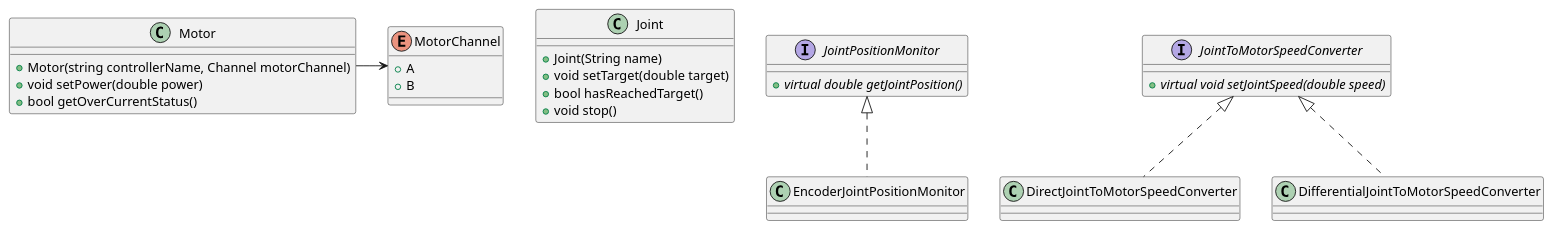
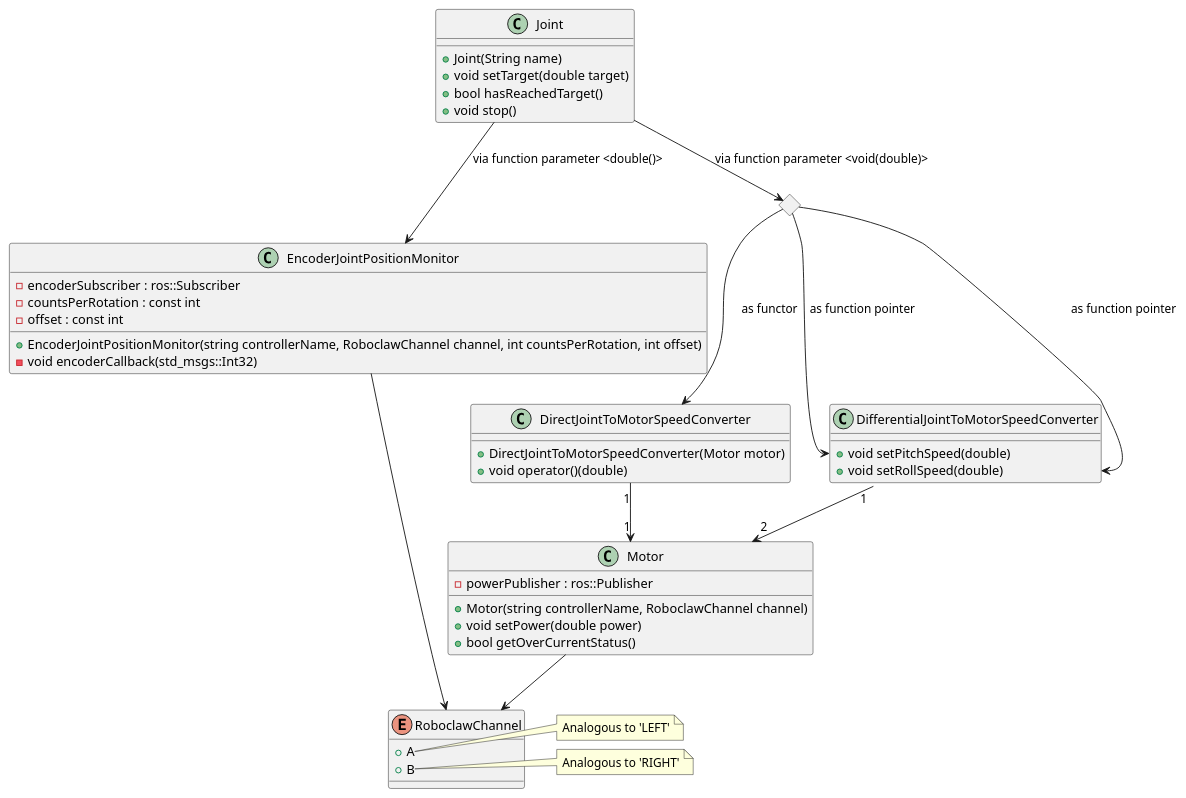
Before and after one commit to WisconsinRobotics/WRover_Software_23-24: the first of 2 diagrams in src/wr_control_drive_arm/structure.wsd, drawn with PlantUML. The commit also changed other lines of this file, not shown here.

Commit message:
Updates to the structure to be better formed and more dynamic with respect to inheritance

```diff
--- a/src/wr_control_drive_arm/structure.wsd
+++ b/src/wr_control_drive_arm/structure.wsd
@@ -1,41 +1,64 @@
 @startuml Structure
-enum MotorChannel{
+enum RoboclawChannel{
     + A
     + B
 }
+
+note right of RoboclawChannel::A
+    Analogous to 'LEFT'
+end note
+
+note right of RoboclawChannel::B
+    Analogous to 'RIGHT'
+end note
+
 class Motor{
-    + Motor(string controllerName, Channel motorChannel)
+    - powerPublisher : ros::Publisher
+
+    + Motor(string controllerName, RoboclawChannel channel)
     + void setPower(double power)
     + bool getOverCurrentStatus()
 }
 
-Motor -> MotorChannel
+Motor --> RoboclawChannel
+
+class EncoderJointPositionMonitor {
+    - encoderSubscriber : ros::Subscriber
+    - countsPerRotation : const int
+    - offset : const int
+    
+    + EncoderJointPositionMonitor(string controllerName, RoboclawChannel channel, int countsPerRotation, int offset)
+    - void encoderCallback(std_msgs::Int32)
+}
+
+EncoderJointPositionMonitor --> RoboclawChannel
+
+class DirectJointToMotorSpeedConverter {
+    + DirectJointToMotorSpeedConverter(Motor motor)
+    + void operator()(double)
+}
+
+DirectJointToMotorSpeedConverter "1" --> "1" Motor
+
+class DifferentialJointToMotorSpeedConverter {
+    + void setPitchSpeed(double)
+    + void setRollSpeed(double)
+}
+
+DifferentialJointToMotorSpeedConverter "1" --> "2" Motor
 
 class Joint{
     + Joint(String name)
     + void setTarget(double target)
     + bool hasReachedTarget()
     + void stop()  
 }
 
-interface JointPositionMonitor{
-    + {abstract} virtual double getJointPosition()
-}
-
-class EncoderJointPositionMonitor implements JointPositionMonitor{
-
-}
-
-interface JointToMotorSpeedConverter{
-    + {abstract} virtual void setJointSpeed(double speed)
-}
-
-class DirectJointToMotorSpeedConverter implements JointToMotorSpeedConverter{
-
-}
-
-class DifferentialJointToMotorSpeedConverter implements JointToMotorSpeedConverter{
-
-}
+Joint --> EncoderJointPositionMonitor : via function parameter <double()>
+<> speedConversion
+Joint --> speedConversion : via function parameter <void(double)>
+speedConversion --> DirectJointToMotorSpeedConverter : as functor
+speedConversion --> DifferentialJointToMotorSpeedConverter::setPitchSpeed : as function pointer
+speedConversion --> DifferentialJointToMotorSpeedConverter::setRollSpeed : as function pointer
 
 @enduml
```
